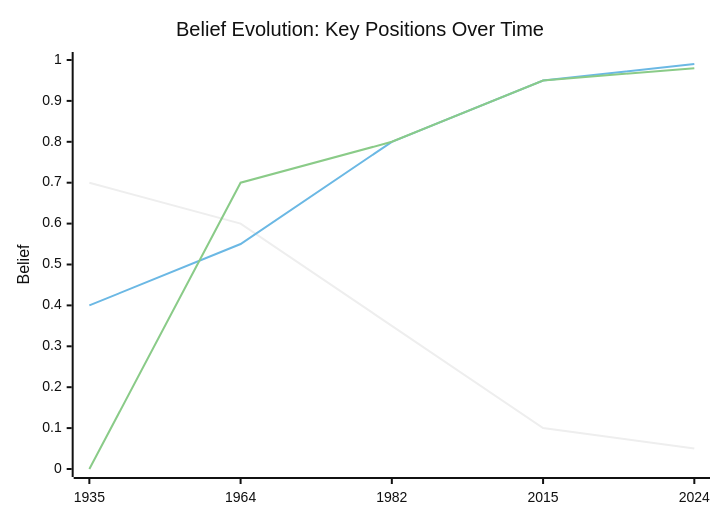
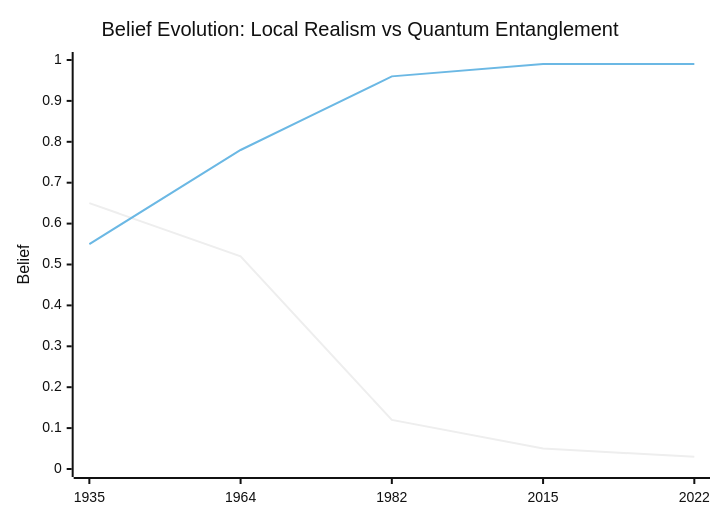
The eighth of 8 diagrams in README.md (newtontech/bell-inequality-gaia), drawn with Mermaid (neutral theme) before and after one commit. The commit also changed other lines of this file, not shown here.

Commit message:
Rebuild: chained belief propagation across 4 phases

````diff
--- a/README.md
+++ b/README.md
@@ -320,9 +268,8 @@
 ```mermaid
 xychart-beta
-    title "Belief Evolution: Key Positions Over Time"
-    x-axis ["1935", "1964", "1982", "2015", "2024"]
+    title "Belief Evolution: Local Realism vs Quantum Entanglement"
+    x-axis ["1935", "1964", "1982", "2015", "2022"]
     y-axis "Belief" 0 --> 1
-    line "Local Realism" [0.70, 0.60, 0.35, 0.10, 0.05]
-    line "QM Completeness" [0.40, 0.55, 0.80, 0.95, 0.99]
-    line "Bell Inequality Validity" [0.00, 0.70, 0.80, 0.95, 0.98]
+    line [0.65, 0.52, 0.12, 0.05, 0.03]
+    line [0.55, 0.78, 0.96, 0.99, 0.99]
 ```
````
